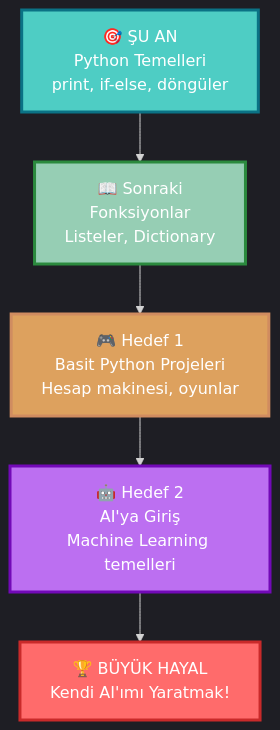
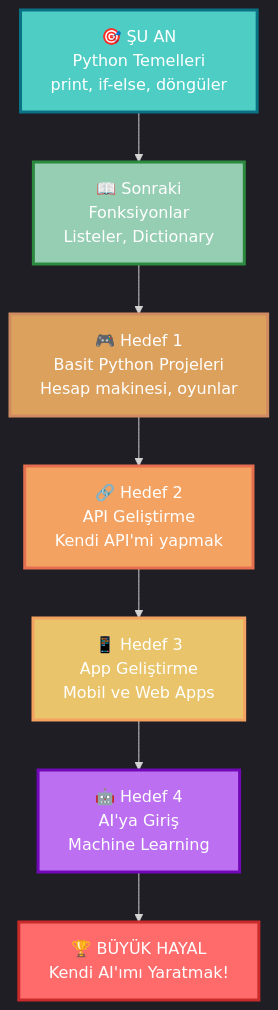
Before and after one commit to Lukosadev1/Lukosadev1: the diagram in README.md, drawn with Mermaid. The commit also changed other lines of this file, not shown here.

````diff
--- a/README.md
+++ b/README.md
@@ -110,14 +120,18 @@
 ```mermaid
 %%{init: {'theme':'dark'}}%%
 graph TB
     A[🎯 ŞU AN<br/>Python Temelleri<br/>print, if-else, döngüler] --> B[📖 Sonraki<br/>Fonksiyonlar<br/>Listeler, Dictionary]
     B --> C[🎮 Hedef 1<br/>Basit Python Projeleri<br/>Hesap makinesi, oyunlar]
-    C --> D[🤖 Hedef 2<br/>AI'ya Giriş<br/>Machine Learning temelleri]
-    D --> E[🏆 BÜYÜK HAYAL<br/>Kendi AI'ımı Yaratmak!]
+    C --> D[🔗 Hedef 2<br/>API Geliştirme<br/>Kendi API'mi yapmak]
+    D --> E[📱 Hedef 3<br/>App Geliştirme<br/>Mobil ve Web Apps]
+    E --> F[🤖 Hedef 4<br/>AI'ya Giriş<br/>Machine Learning]
+    F --> G[🏆 BÜYÜK HAYAL<br/>Kendi AI'ımı Yaratmak!]
     
     style A fill:#4ECDC4,stroke:#0B7285,stroke-width:3px,color:#fff
     style B fill:#96CEB4,stroke:#2B8A3E,stroke-width:3px,color:#fff
     style C fill:#DDA15E,stroke:#D08C60,stroke-width:3px,color:#fff
-    style D fill:#BC6FF1,stroke:#7209B7,stroke-width:3px,color:#fff
-    style E fill:#FF6B6B,stroke:#C92A2A,stroke-width:3px,color:#fff
+    style D fill:#F4A261,stroke:#E76F51,stroke-width:3px,color:#fff
+    style E fill:#E9C46A,stroke:#F4A261,stroke-width:3px,color:#fff
+    style F fill:#BC6FF1,stroke:#7209B7,stroke-width:3px,color:#fff
+    style G fill:#FF6B6B,stroke:#C92A2A,stroke-width:3px,color:#fff
 ```
````
